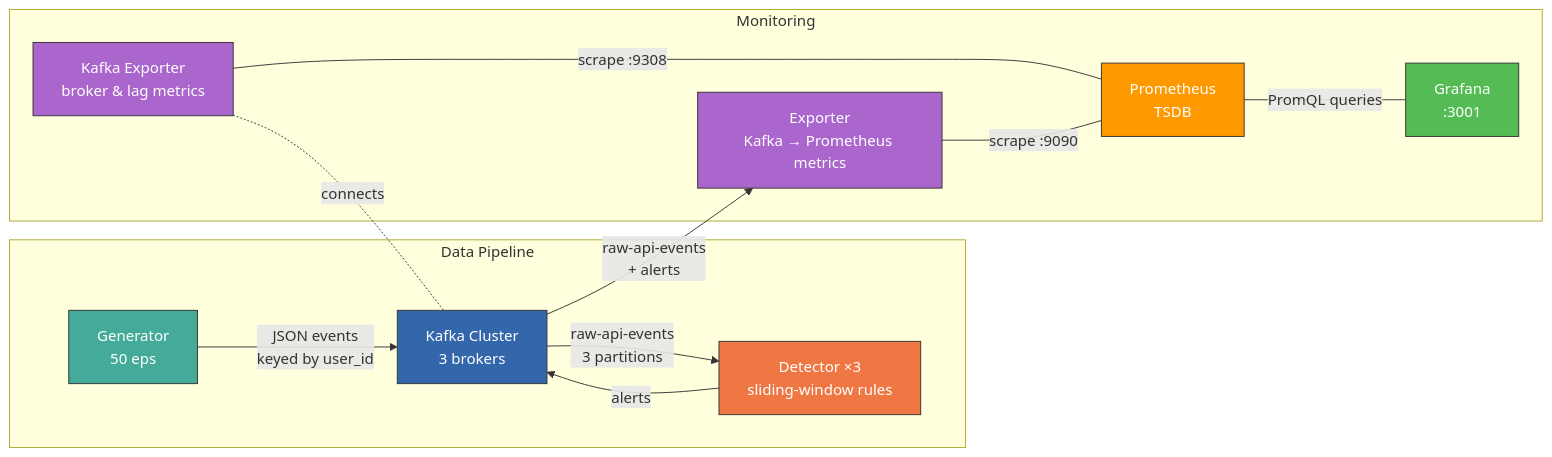
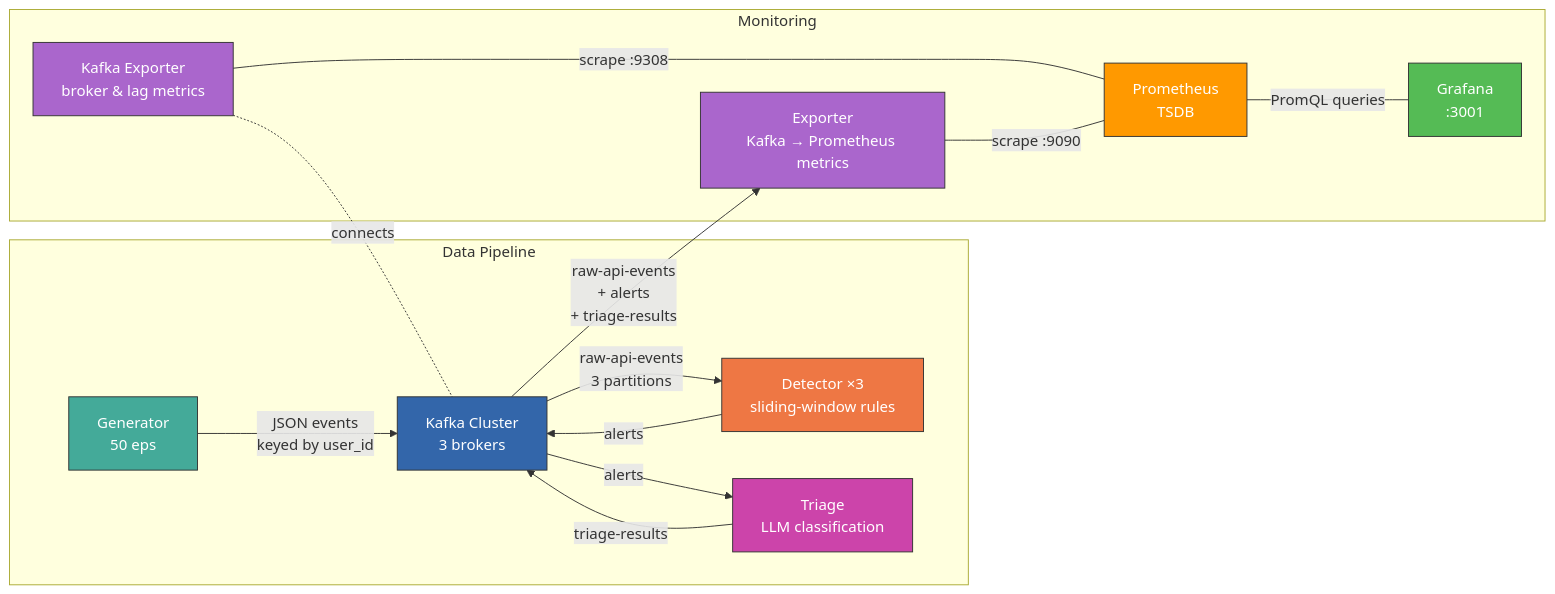
The diagram in README.md (khan5v/dr_platform), drawn with Mermaid before and after one commit. The commit also changed other lines of this file and 23 other files, not shown here.

First line of the commit message:
Add LLM-powered triage service to close the detection-to-response loop

````diff
--- a/README.md
+++ b/README.md
@@ -7,25 +9,28 @@
 ```mermaid
 flowchart LR
     subgraph Data Pipeline
         G["Generator<br>50 eps"] -->|JSON events<br>keyed by user_id| K["Kafka Cluster<br>3 brokers"]
         K -->|raw-api-events<br>3 partitions| D["Detector ×3<br>sliding-window rules"]
         D -->|alerts| K
+        K -->|alerts| T["Triage<br>LLM classification"]
+        T -->|triage-results| K
     end
 
     subgraph Monitoring
-        K -->|raw-api-events<br>+ alerts| E["Exporter<br>Kafka → Prometheus metrics"]
+        K -->|raw-api-events<br>+ alerts<br>+ triage-results| E["Exporter<br>Kafka → Prometheus metrics"]
         KE["Kafka Exporter<br>broker & lag metrics"] ---|scrape :9308| P["Prometheus<br>TSDB"]
         E ---|scrape :9090| P
         P ---|PromQL queries| GF["Grafana<br>:3001"]
     end
 
     KE -.-|connects| K
 
     style G fill:#4a9,stroke:#333,color:#fff
     style D fill:#e74,stroke:#333,color:#fff
     style K fill:#36a,stroke:#333,color:#fff
+    style T fill:#c4a,stroke:#333,color:#fff
     style E fill:#a6c,stroke:#333,color:#fff
     style P fill:#f90,stroke:#333,color:#fff
     style GF fill:#5b5,stroke:#333,color:#fff
     style KE fill:#a6c,stroke:#333,color:#fff
 ```
````
